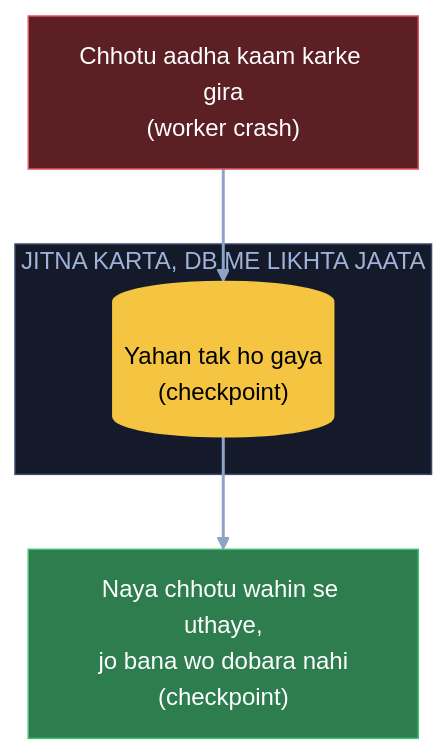
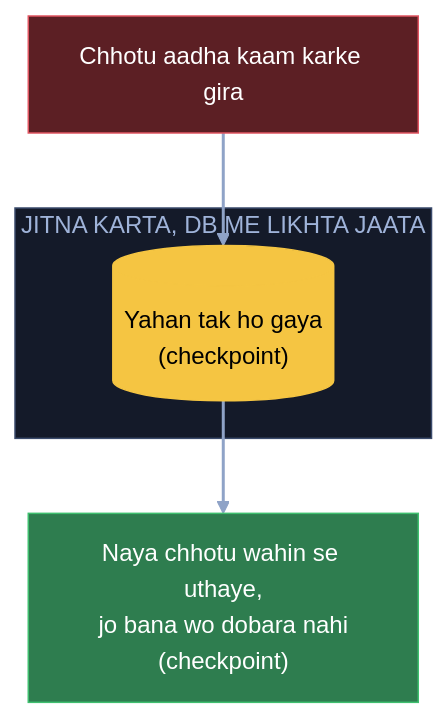
Before and after one commit to ArpanMaheshwari144/Prep: diagram 16 of 22 in 04_HLD/SYSTEM_DESIGNS/13_banking_system/13_banking_system.md, drawn with Mermaid (base theme). The commit also changed other lines of this file and 20 other files, not shown here.

Commit message:
Diagram: sirf hand notes wale naam rahe (66 apne joda naam hataye); README 22-Nov tak update

````diff
--- a/04_HLD/SYSTEM_DESIGNS/13_banking_system/13_banking_system.md
+++ b/04_HLD/SYSTEM_DESIGNS/13_banking_system/13_banking_system.md
@@ -611,16 +611,16 @@
 ```mermaid
 flowchart TB
-    C["Chhotu aadha kaam karke gira<br/>(worker crash)"]:::bad
+    C["Chhotu aadha kaam karke gira"]:::bad
     subgraph DB["JITNA KARTA, DB ME LIKHTA JAATA"]
         P[("Yahan tak ho gaya<br/>(checkpoint)")]:::pill
     end
     N["Naya chhotu wahin se uthaye,<br/>jo bana wo dobara nahi<br/>(checkpoint)"]:::good
     C --> P
     P --> N
     linkStyle default stroke:#8fa3c7,stroke-width:2px
     classDef card fill:#1e2638,stroke:#3a4a6b,color:#e8ecf5
     classDef pill fill:#f5c542,stroke:#f5c542,color:#000
     classDef good fill:#2e7d4f,stroke:#3fbf6f,color:#fff
     classDef bad fill:#5c1f24,stroke:#e05561,color:#fff
     style DB fill:#141a29,stroke:#3a4a6b,color:#9fb3d9
 ```
````
